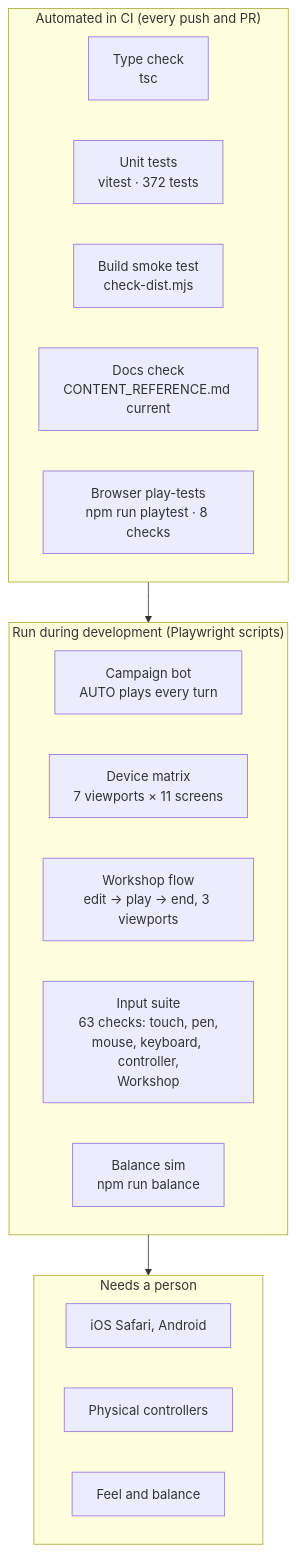
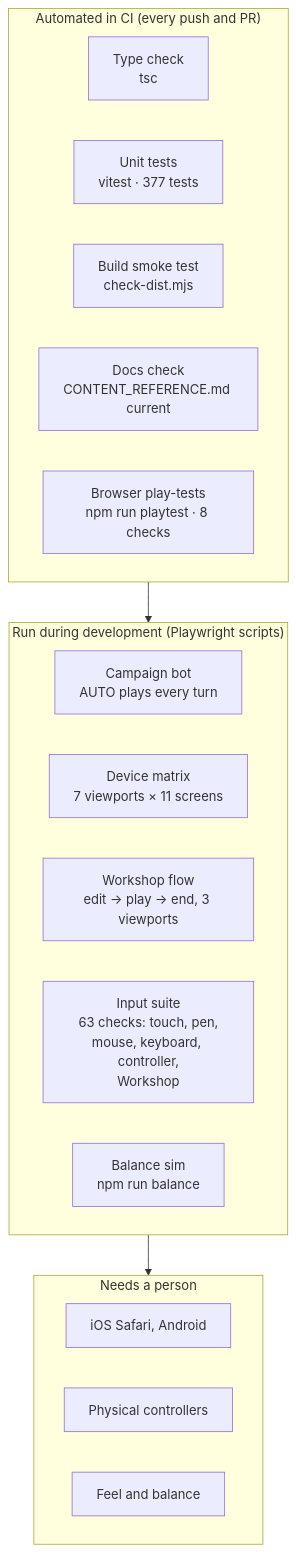
Before and after one commit to CptNope/Chess-RPG-Tactics: the diagram in docs/TESTING.md, drawn with Mermaid. The commit also changed other lines of this file and 25 other files, not shown here.

````diff
--- a/docs/TESTING.md
+++ b/docs/TESTING.md
@@ -9,23 +9,23 @@
 ```mermaid
 flowchart TB
     subgraph Auto["Automated in CI (every push and PR)"]
         T1["Type check<br/>tsc"]
-        T2["Unit tests<br/>vitest · 372 tests"]
+        T2["Unit tests<br/>vitest · 377 tests"]
         T3["Build smoke test<br/>check-dist.mjs"]
         T4["Docs check<br/>CONTENT_REFERENCE.md current"]
         T5["Browser play-tests<br/>npm run playtest · 8 checks"]
     end
     subgraph Dev["Run during development (Playwright scripts)"]
         P1["Campaign bot<br/>AUTO plays every turn"]
         P2["Device matrix<br/>7 viewports × 11 screens"]
         P4["Workshop flow<br/>edit → play → end, 3 viewports"]
         P3["Input suite<br/>63 checks: touch, pen,<br/>mouse, keyboard, controller,<br/>Workshop"]
         P5["Balance sim<br/>npm run balance"]
     end
     subgraph Human["Needs a person"]
         H1["iOS Safari, Android"]
         H2["Physical controllers"]
         H3["Feel and balance"]
     end
     Auto --> Dev --> Human
 ```
````
